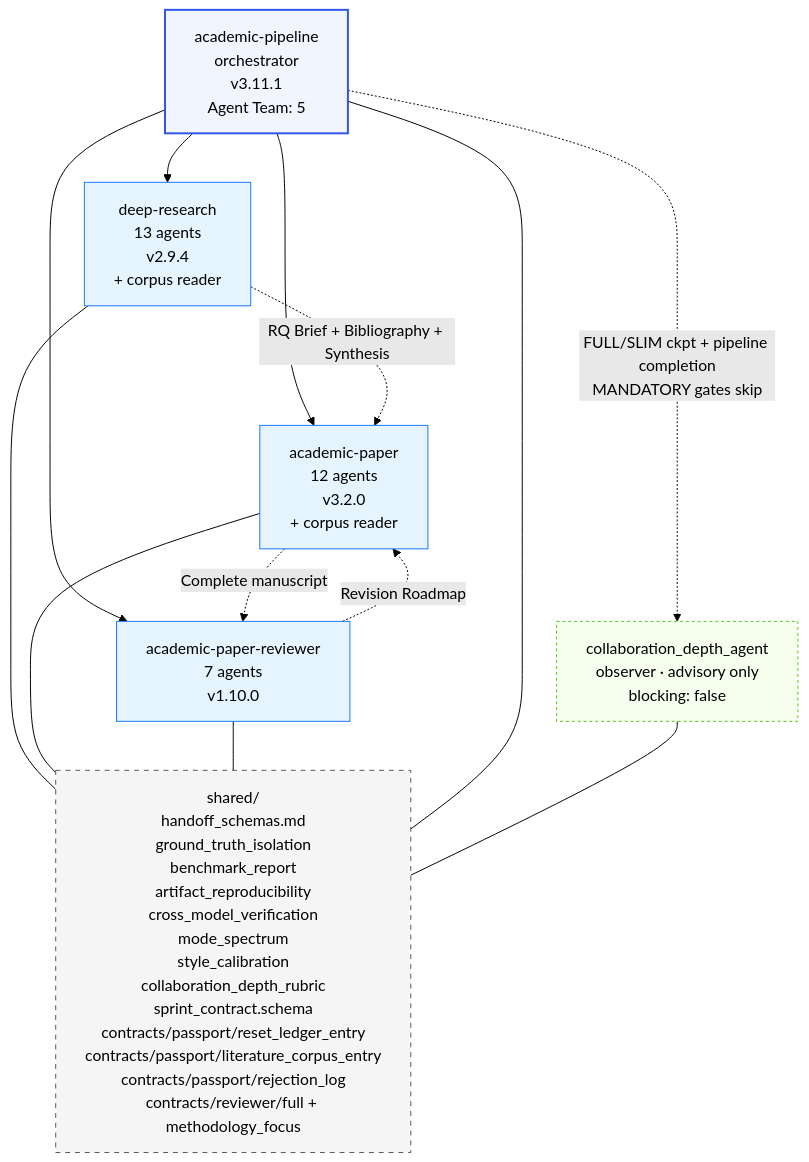
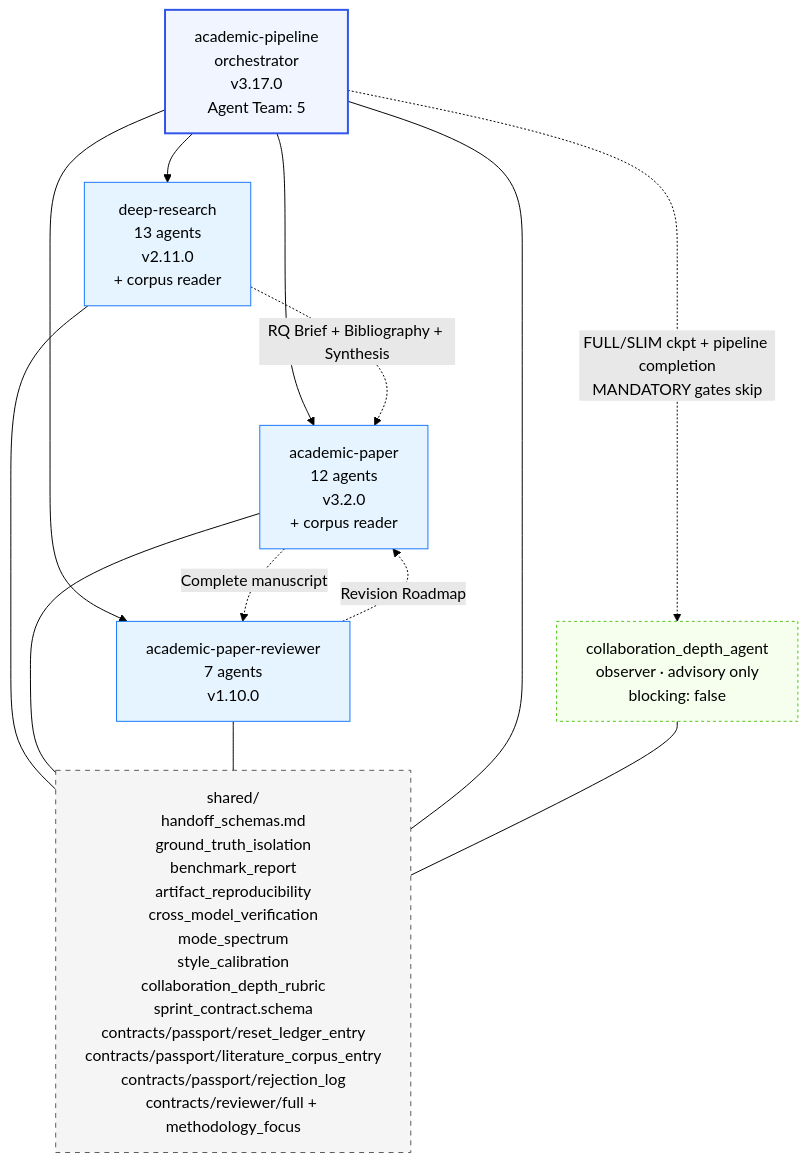
Before and after one commit to zzyu17/academic-research-skills-copilot-ads: the fourth of 5 diagrams in docs/ARCHITECTURE.md, drawn with Mermaid (forest theme). The commit also changed other lines of this file and 57 other files, not shown here.

````diff
--- a/docs/ARCHITECTURE.md
+++ b/docs/ARCHITECTURE.md
@@ -201,31 +201,31 @@
 ```mermaid
 graph TD
-    Pipeline[academic-pipeline<br/>orchestrator<br/>v3.11.1<br/>Agent Team: 5]
+    Pipeline[academic-pipeline<br/>orchestrator<br/>v3.17.0<br/>Agent Team: 5]
     Observer[collaboration_depth_agent<br/>observer · advisory only<br/>blocking: false]
-    DR[deep-research<br/>13 agents<br/>v2.9.4<br/>+ corpus reader]
+    DR[deep-research<br/>13 agents<br/>v2.11.0<br/>+ corpus reader]
     AP[academic-paper<br/>12 agents<br/>v3.2.0<br/>+ corpus reader]
     APR[academic-paper-reviewer<br/>7 agents<br/>v1.10.0]
     Shared[shared/<br/>handoff_schemas.md<br/>ground_truth_isolation<br/>benchmark_report<br/>artifact_reproducibility<br/>cross_model_verification<br/>mode_spectrum<br/>style_calibration<br/>collaboration_depth_rubric<br/>sprint_contract.schema<br/>contracts/passport/reset_ledger_entry<br/>contracts/passport/literature_corpus_entry<br/>contracts/passport/rejection_log<br/>contracts/reviewer/full + methodology_focus]
 
     Pipeline --> DR
     Pipeline --> AP
     Pipeline --> APR
     Pipeline -. "FULL/SLIM ckpt + pipeline completion<br/>MANDATORY gates skip" .-> Observer
     DR -. "RQ Brief + Bibliography + Synthesis" .-> AP
     AP -. "Complete manuscript" .-> APR
     APR -. "Revision Roadmap" .-> AP
     DR --- Shared
     AP --- Shared
     APR --- Shared
     Pipeline --- Shared
     Observer --- Shared
 
     classDef orch fill:#f0f5ff,stroke:#2f54eb,stroke-width:2px
     classDef skill fill:#e6f4ff,stroke:#1677ff
     classDef shared fill:#f5f5f5,stroke:#595959,stroke-dasharray:5 5
     classDef observer fill:#f6ffed,stroke:#52c41a,stroke-dasharray:3 3
     class Pipeline orch
     class DR,AP,APR skill
     class Shared shared
     class Observer observer
 ```
````
